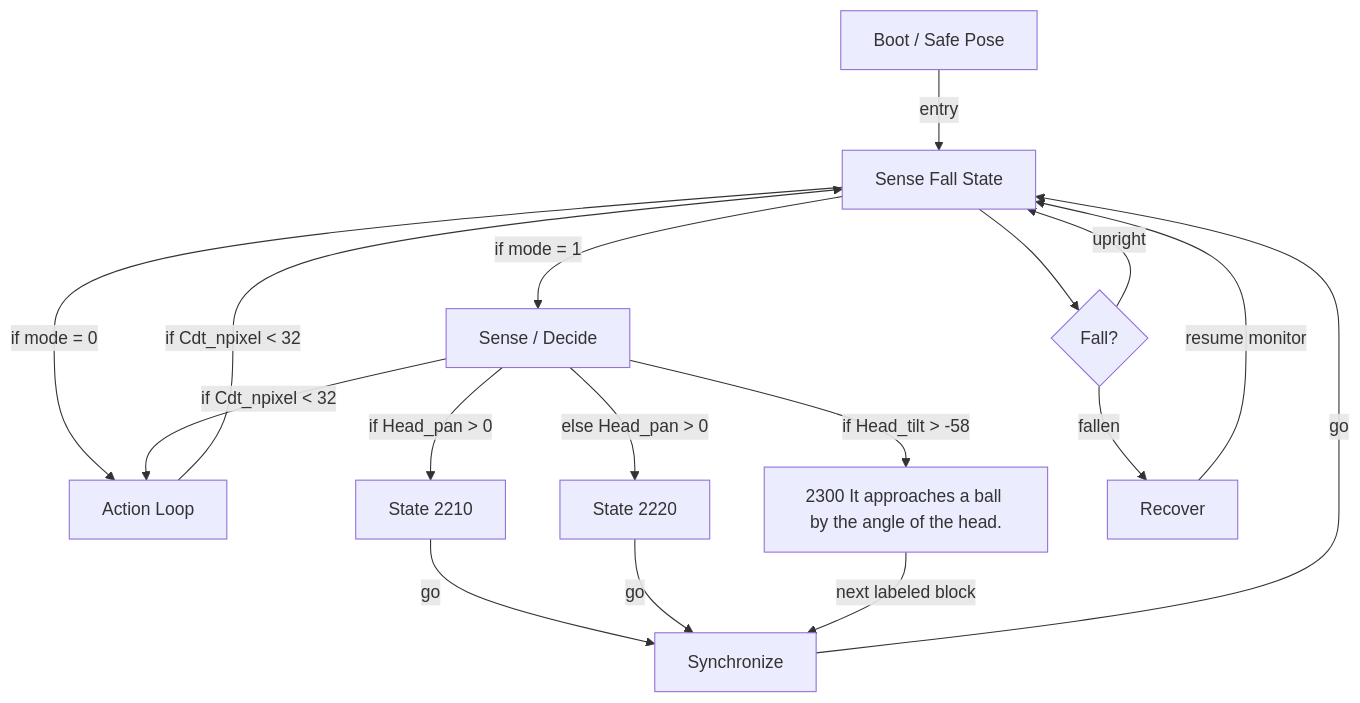
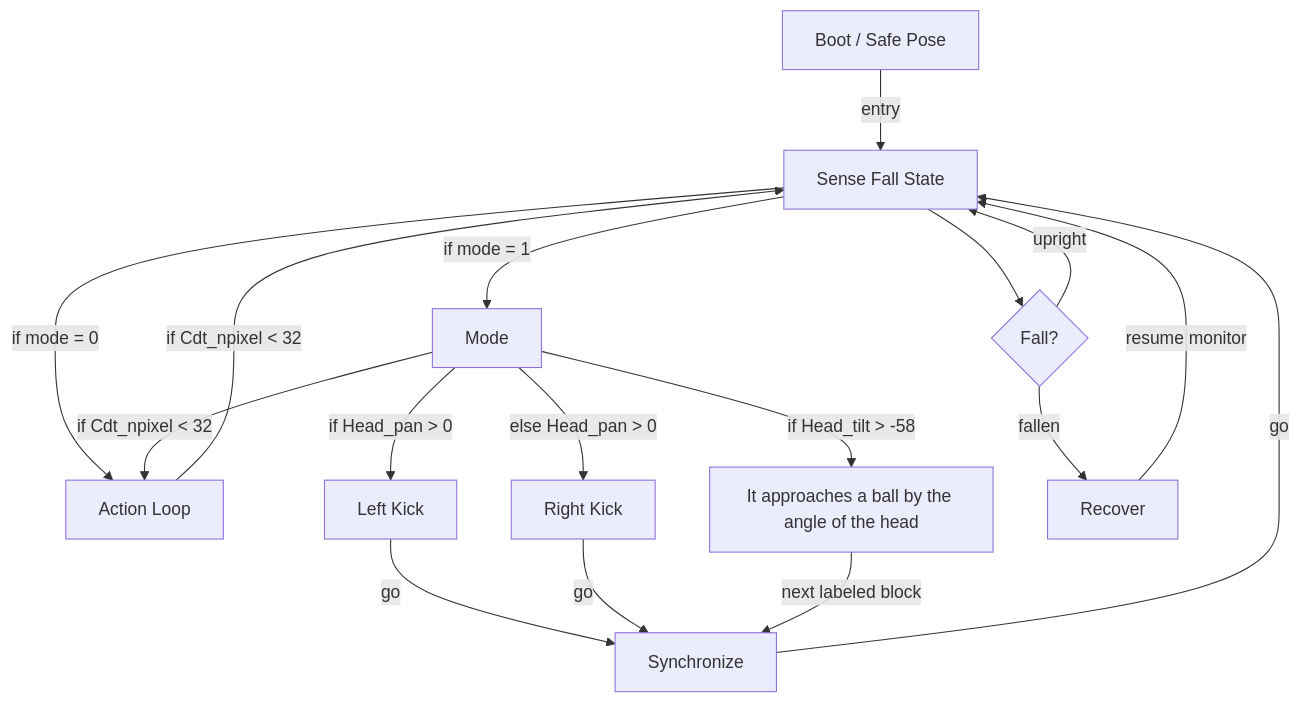
Before and after one commit to cartheur-aibo/aibo-lab: the diagram in src/R-CODE/generated/HyperFootball.behavior.md, drawn with Mermaid. The commit also changed other lines of this file and 38 other files, not shown here.

````diff
--- a/src/R-CODE/generated/HyperFootball.behavior.md
+++ b/src/R-CODE/generated/HyperFootball.behavior.md
@@ -87,29 +87,29 @@
 ```mermaid
 flowchart TD
     S_INIT["Boot / Safe Pose"]
     S_100["Sense Fall State"]
     S_1000["Action Loop"]
-    S_2000["Sense / Decide"]
-    S_2210["State 2210"]
-    S_2220["State 2220"]
-    S_2300["2300 It approaches a ball by the angle of the head."]
+    S_2000["Mode"]
+    S_2210["Left Kick"]
+    S_2220["Right Kick"]
+    S_2300["It approaches a ball by the angle of the head"]
     S_2900["Synchronize"]
     S_9000["Recover"]
     S_100_CHECK{"Fall?"}
     S_100 --> S_100_CHECK
     S_100_CHECK -->|fallen| S_9000
     S_100_CHECK -->|upright| S_100
     S_INIT -->|entry| S_100
     S_100 -->|if mode = 0| S_1000
     S_100 -->|if mode = 1| S_2000
     S_1000 -->|if Cdt_npixel < 32| S_100
     S_2000 -->|if Cdt_npixel < 32| S_1000
     S_2000 -->|if Head_tilt > -58| S_2300
     S_2000 -->|if Head_pan > 0| S_2210
     S_2000 -->|else Head_pan > 0| S_2220
     S_2210 -->|go| S_2900
     S_2220 -->|go| S_2900
     S_2300 -->|next labeled block| S_2900
     S_2900 -->|go| S_100
     S_9000 -->|resume monitor| S_100
 ```
````
